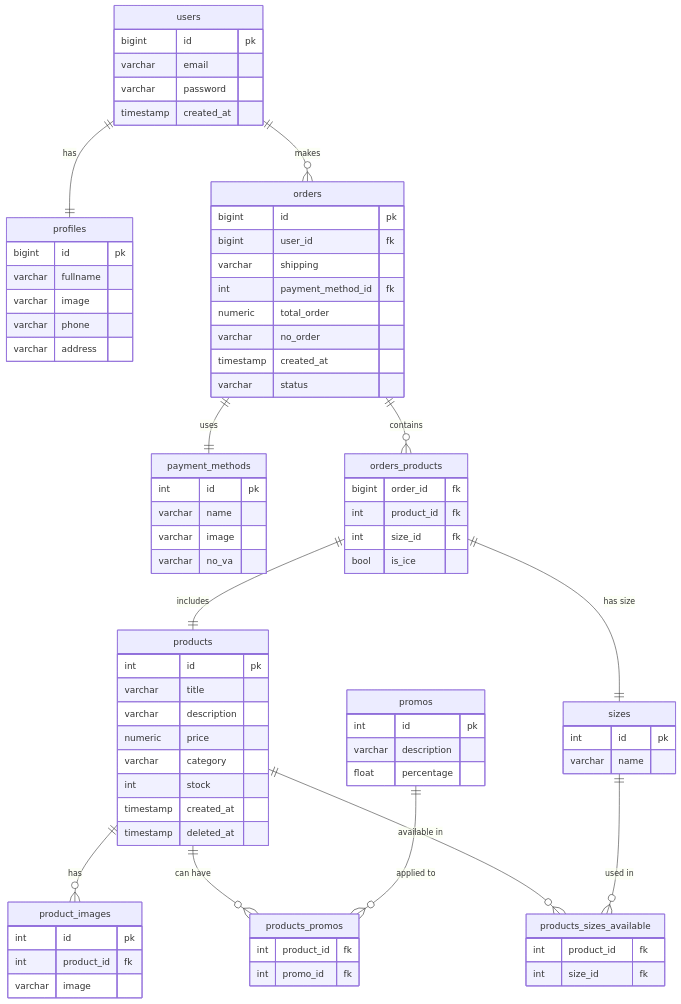
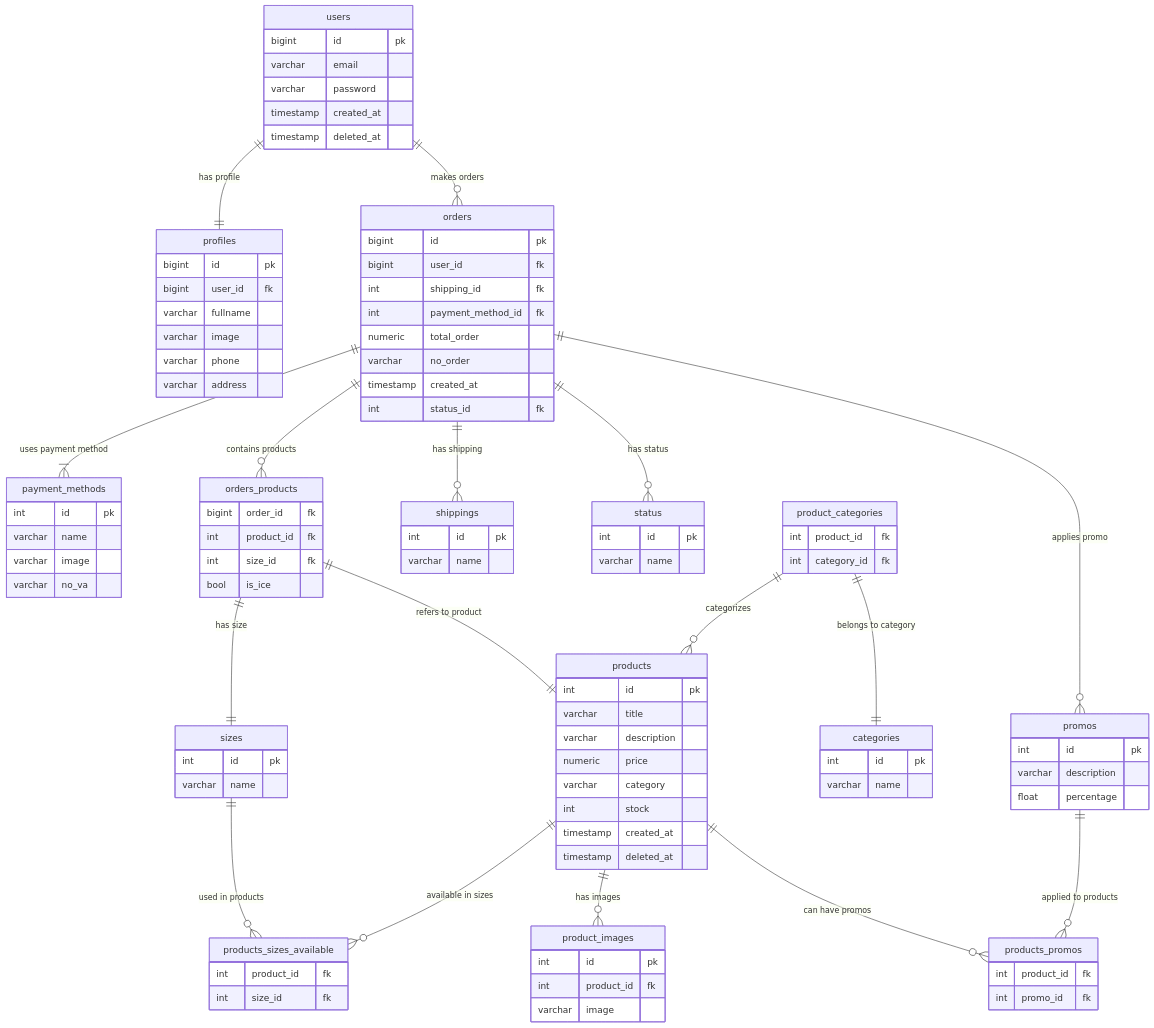
Before and after one commit to siddiq24/koda-b4-db-weekly: the diagram in README.md, drawn with Mermaid.

Commit message:
fix: added some tables and fixed relationship naming

````diff
--- a/README.md
+++ b/README.md
@@ -3,19 +3,11 @@
 ```mermaid
 erDiagram
-
     users {
         bigint id pk
         varchar email
         varchar password
         timestamp created_at
-    }
-
-    profiles {
-        bigint id pk
-        varchar fullname
-        varchar image
-        varchar phone
-        varchar address
+        timestamp deleted_at
     }
 
     payment_methods {
@@ -25,20 +17,59 @@
         varchar no_va
     }
 
-    sizes {
-        int id pk
-        varchar name
-    }
-
     products {
         int id pk
         varchar title
         varchar description
         numeric price
-        varchar category
+        varchar category 
         int stock
         timestamp created_at
         timestamp deleted_at
+    }
+
+    shippings {
+        int id pk
+        varchar name
+    }
+
+    categories{
+        int id pk
+        varchar name
+    }
+
+    products_sizes_available {
+        int product_id fk
+        int size_id fk
+    }
+
+    sizes {
+        int id pk
+        varchar name
+    }
+    orders {
+        bigint id pk
+        bigint user_id fk
+        int shipping_id fk
+        int payment_method_id fk
+        numeric total_order
+        varchar no_order
+        timestamp created_at
+        int status_id fk
+    }
+
+    profiles {
+        bigint id pk
+        bigint user_id fk
+        varchar fullname
+        varchar image
+        varchar phone
+        varchar address
+    }
+
+    status {
+        int id pk
+        varchar name
     }
 
     product_images {
@@ -47,21 +78,6 @@
         varchar image
     }
 
-    products_sizes_available {
-        int product_id fk
-        int size_id fk
-    }
-
-    orders {
-        bigint id pk
-        bigint user_id fk
-        varchar shipping
-        int payment_method_id fk
-        numeric total_order
-        varchar no_order
-        timestamp created_at
-        varchar status
-    }
 
     orders_products {
         bigint order_id fk
@@ -75,26 +91,38 @@
         int promo_id fk
     }
 
+    product_categories { 
+        int product_id fk
+        int category_id fk
+    }
     promos {
         int id pk
         varchar description
         float percentage
     }
 
-    users ||--|| profiles : "has"
-    users ||--o{ orders : "makes"
-    orders ||--|| payment_methods : "uses"
 
-    orders ||--o{ orders_products : "contains"
-    orders_products ||--|| products : "includes"
+    users ||--|| profiles : "has profile"
+    users ||--o{ orders : "makes orders"
+
+    orders ||--|{ payment_methods : "uses payment method"
+    orders ||--o{ orders_products : "contains products"
+    orders ||--o{ shippings : "has shipping"
+    orders ||--o{ status : "has status"
+    orders ||--o{ promos : "applies promo"
+
     orders_products ||--|| sizes : "has size"
+    orders_products ||--|| products : "refers to product"
 
-    products ||--o{ product_images : "has"
-    products ||--o{ products_promos : "can have"
-    products ||--o{ products_sizes_available : "available in"
+    product_categories ||--o{ products : "categorizes"
+    product_categories ||--|| categories : "belongs to category"
 
-    promos ||--o{ products_promos : "applied to"
-    sizes ||--o{ products_sizes_available : "used in"
+    promos ||--o{ products_promos : "applied to products"
+    products ||--o{ products_sizes_available : "available in sizes"
+    products ||--o{ product_images : "has images"
+    products ||--o{ products_promos : "can have promos"
+
+    sizes ||--o{ products_sizes_available : "used in products"
 
 
 ```
````
